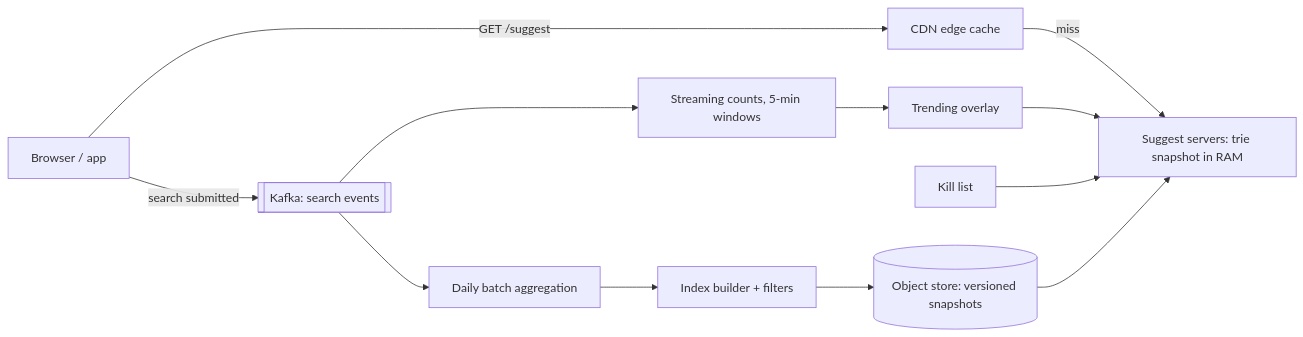
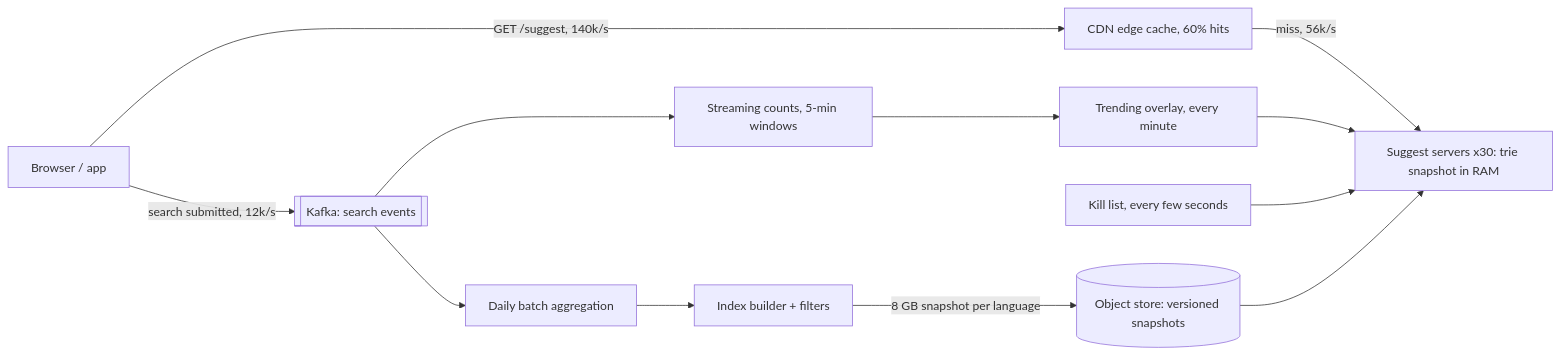
One commit to thull32/ascend changed the diagram in content/tracks/09-system-design/03-case-studies/08-search-autocomplete.md. Above: the diagram before and after it, drawn with Mermaid. The commit also changed other lines of this file and 8 other files, not shown here.

````diff
--- a/content/tracks/09-system-design/03-case-studies/08-search-autocomplete.md
+++ b/content/tracks/09-system-design/03-case-studies/08-search-autocomplete.md
@@ -85,14 +103,14 @@
 ```mermaid
 flowchart LR
-  U["Browser / app"] -->|"GET /suggest"| CDN["CDN edge cache"]
-  CDN -->|"miss"| S["Suggest servers: trie snapshot in RAM"]
-  TR["Trending overlay"] --> S
-  KL["Kill list"] --> S
-  U -->|"search submitted"| K[["Kafka: search events"]]
+  U["Browser / app"] -->|"GET /suggest, 140k/s"| CDN["CDN edge cache, 60% hits"]
+  CDN -->|"miss, 56k/s"| S["Suggest servers x30: trie snapshot in RAM"]
+  TR["Trending overlay, every minute"] --> S
+  KL["Kill list, every few seconds"] --> S
+  U -->|"search submitted, 12k/s"| K[["Kafka: search events"]]
   K --> B["Daily batch aggregation"]
   K --> ST["Streaming counts, 5-min windows"]
   B --> IB["Index builder + filters"]
-  IB --> OS[("Object store: versioned snapshots")]
+  IB -->|"8 GB snapshot per language"| OS[("Object store: versioned snapshots")]
   OS --> S
   ST --> TR
 ```
````
